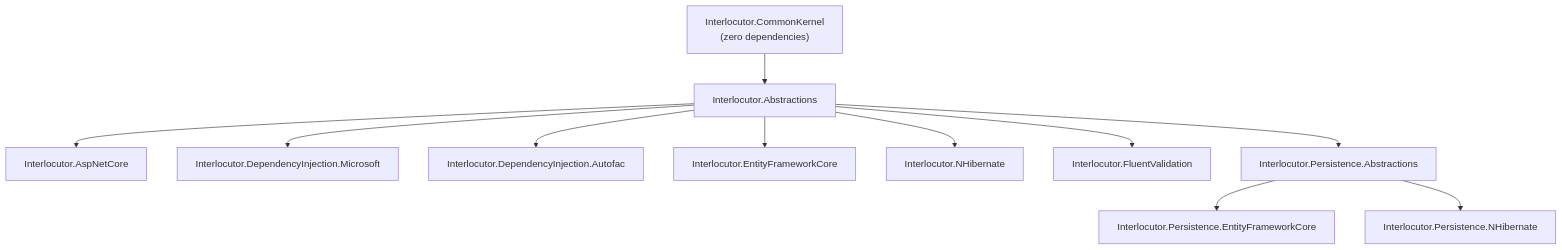
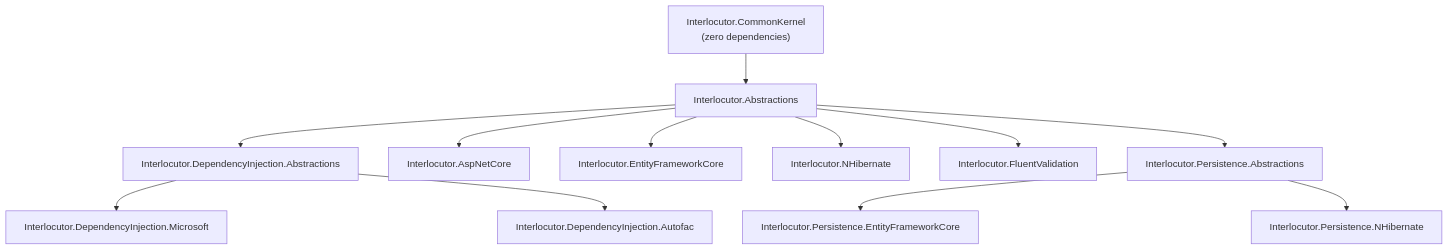
Before and after one commit to rheone/interlocutor: the diagram in README.md, drawn with Mermaid. The commit also changed other lines of this file and 9 other files, not shown here.

````diff
--- a/README.md
+++ b/README.md
@@ -101,13 +103,14 @@
 ```mermaid
 flowchart TD
     CommonKernel["Interlocutor.CommonKernel<br/>(zero dependencies)"] --> Abstractions["Interlocutor.Abstractions"]
+    Abstractions --> DIAbstractions["Interlocutor.DependencyInjection.Abstractions"]
+    DIAbstractions --> DIMicrosoft["Interlocutor.DependencyInjection.Microsoft"]
+    DIAbstractions --> DIAutofac["Interlocutor.DependencyInjection.Autofac"]
     Abstractions --> AspNetCore["Interlocutor.AspNetCore"]
-    Abstractions --> DIMicrosoft["Interlocutor.DependencyInjection.Microsoft"]
-    Abstractions --> DIAutofac["Interlocutor.DependencyInjection.Autofac"]
     Abstractions --> EFCore["Interlocutor.EntityFrameworkCore"]
     Abstractions --> NHibernate["Interlocutor.NHibernate"]
     Abstractions --> FluentValidation["Interlocutor.FluentValidation"]
     Abstractions --> PersistenceAbstractions["Interlocutor.Persistence.Abstractions"]
     PersistenceAbstractions --> PersistenceEFCore["Interlocutor.Persistence.EntityFrameworkCore"]
     PersistenceAbstractions --> PersistenceNHibernate["Interlocutor.Persistence.NHibernate"]
 ```
````
